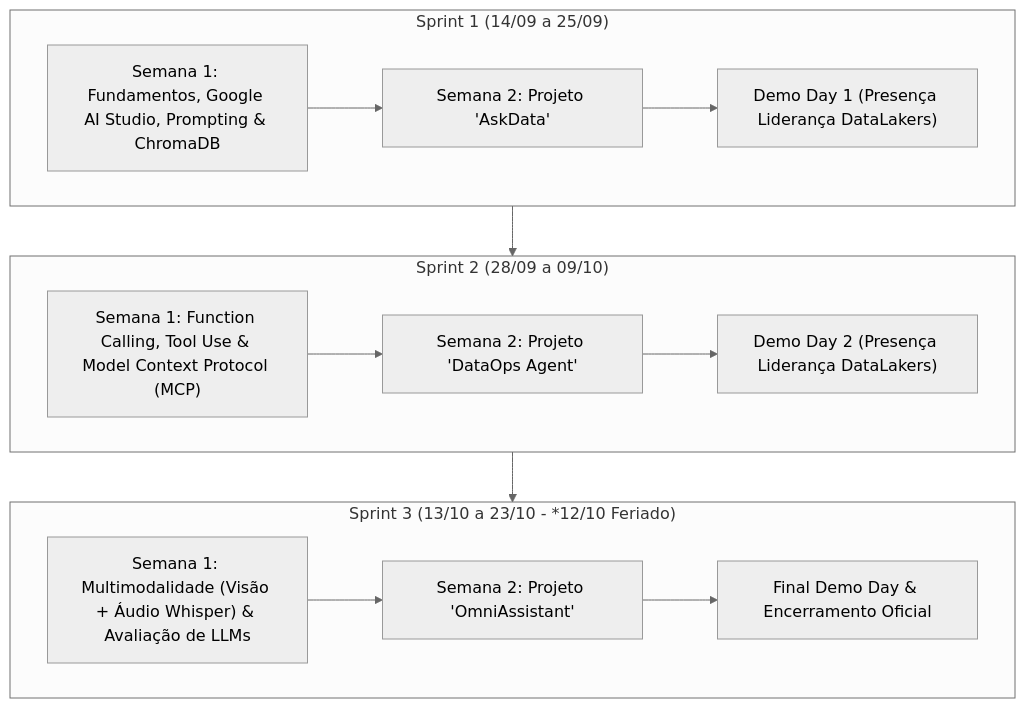
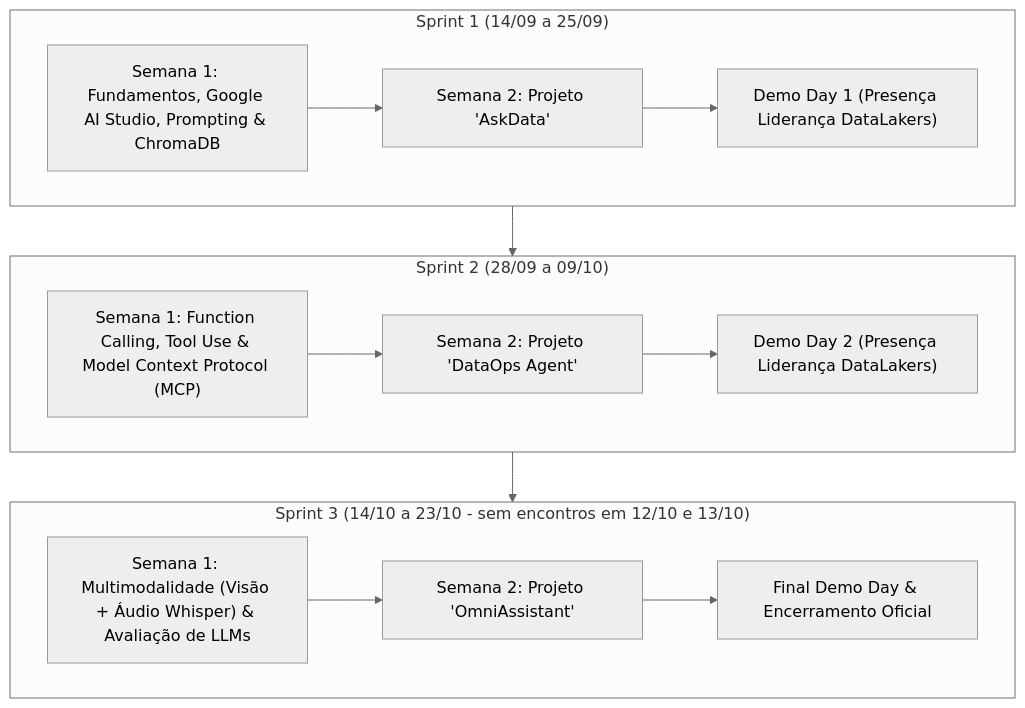
Before and after one commit to eduardo-de-bastiani/grupo-de-estudos-ia: the diagram in README.md, drawn with Mermaid (neutral theme). The commit also changed other lines of this file and 28 other files, not shown here.

Commit message:
feat: sprint 3 sem forms

````diff
--- a/README.md
+++ b/README.md
@@ -22,25 +22,25 @@
 ```mermaid
 flowchart TD
     subgraph S1["Sprint 1 (14/09 a 25/09)"]
         S1W1["Semana 1: Fundamentos, Google AI Studio, Prompting & ChromaDB"]
         S1W2["Semana 2: Projeto 'AskData'"]
         S1Demo["Demo Day 1 (Presença Liderança DataLakers)"]
         S1W1 --> S1W2 --> S1Demo
     end
 
     subgraph S2["Sprint 2 (28/09 a 09/10)"]
         S2W1["Semana 1: Function Calling, Tool Use & Model Context Protocol (MCP)"]
         S2W2["Semana 2: Projeto 'DataOps Agent'"]
         S2Demo["Demo Day 2 (Presença Liderança DataLakers)"]
         S2W1 --> S2W2 --> S2Demo
     end
 
-    subgraph S3["Sprint 3 (13/10 a 23/10 - *12/10 Feriado)"]
+    subgraph S3["Sprint 3 (14/10 a 23/10 - sem encontros em 12/10 e 13/10)"]
         S3W1["Semana 1: Multimodalidade (Visão + Áudio Whisper) & Avaliação de LLMs"]
         S3W2["Semana 2: Projeto 'OmniAssistant'"]
         S3Demo["Final Demo Day & Encerramento Oficial"]
         S3W1 --> S3W2 --> S3Demo
     end
 
     S1 --> S2 --> S3
 ```
````
